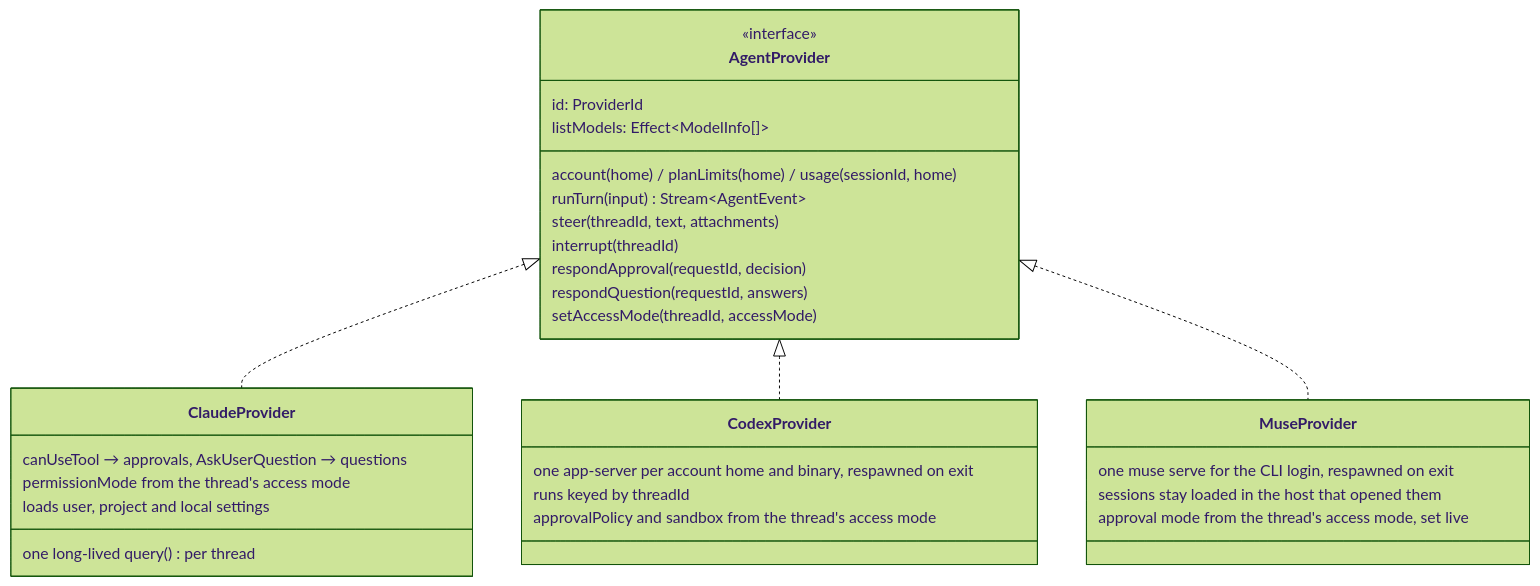
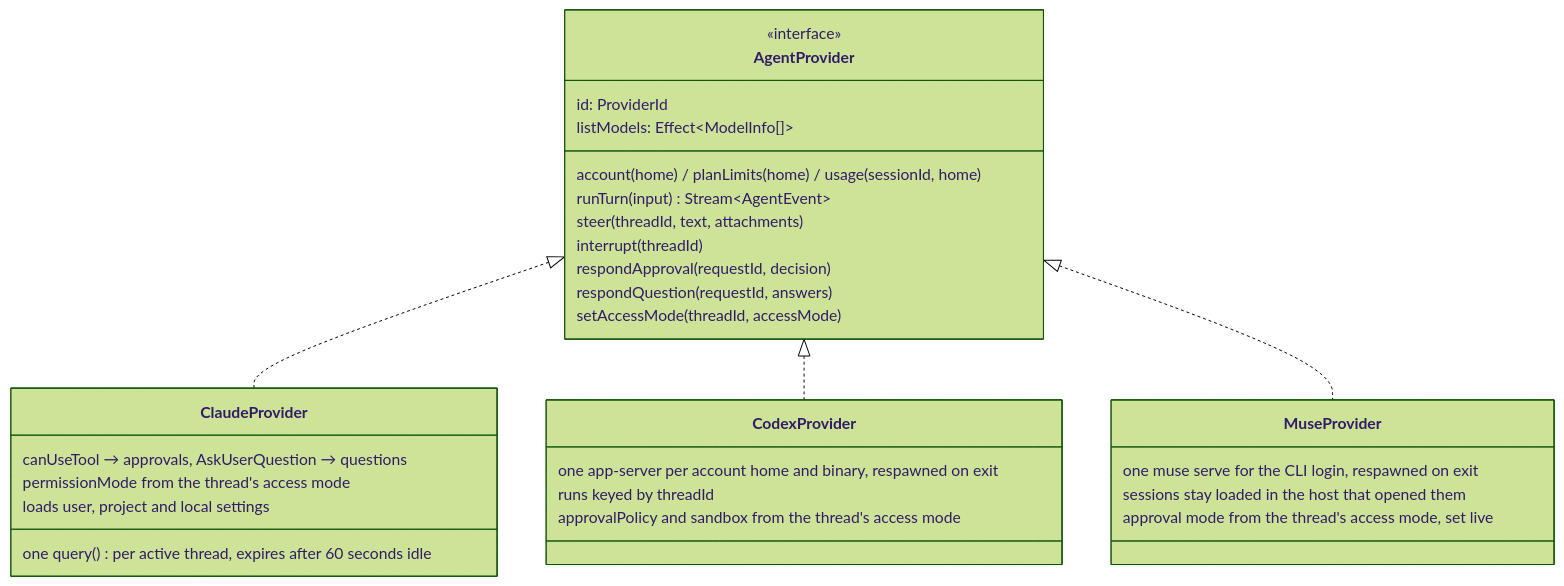
The fourth of 16 diagrams in docs/arch.md (hinadev-ai/hinacode), drawn with Mermaid (forest theme) before and after one commit. The commit also changed other lines of this file and 2 other files, not shown here.

````diff
--- a/docs/arch.md
+++ b/docs/arch.md
@@ -107,34 +109,34 @@
 ```mermaid
 classDiagram
   class AgentProvider {
     <<interface>>
     id: ProviderId
     listModels: Effect~ModelInfo[]~
     account(home) / planLimits(home) / usage(sessionId, home)
     runTurn(input) Stream~AgentEvent~
     steer(threadId, text, attachments)
     interrupt(threadId)
     respondApproval(requestId, decision)
     respondQuestion(requestId, answers)
     setAccessMode(threadId, accessMode)
   }
   class ClaudeProvider {
-    one long-lived query() per thread
+    one query() per active thread, expires after 60 seconds idle
     canUseTool → approvals, AskUserQuestion → questions
     permissionMode from the thread's access mode
     loads user, project and local settings
   }
   class CodexProvider {
     one app-server per account home and binary, respawned on exit
     runs keyed by threadId
     approvalPolicy and sandbox from the thread's access mode
   }
   class MuseProvider {
     one muse serve for the CLI login, respawned on exit
     sessions stay loaded in the host that opened them
     approval mode from the thread's access mode, set live
   }
   AgentProvider <|.. ClaudeProvider
   AgentProvider <|.. CodexProvider
   AgentProvider <|.. MuseProvider
 ```
````
